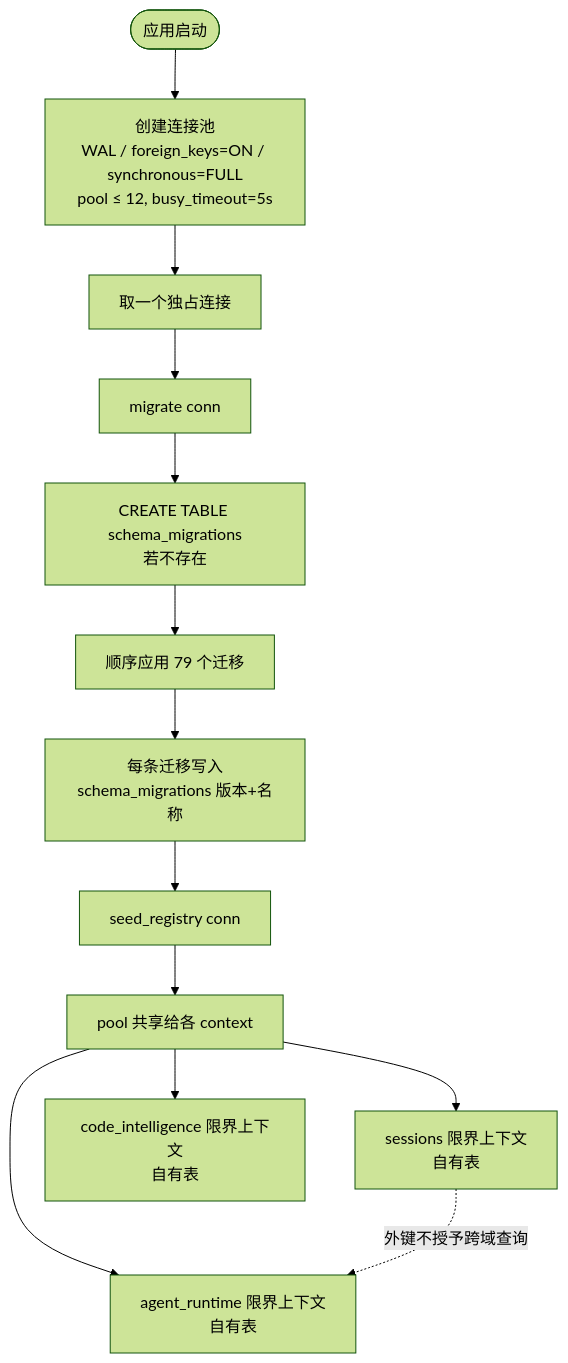
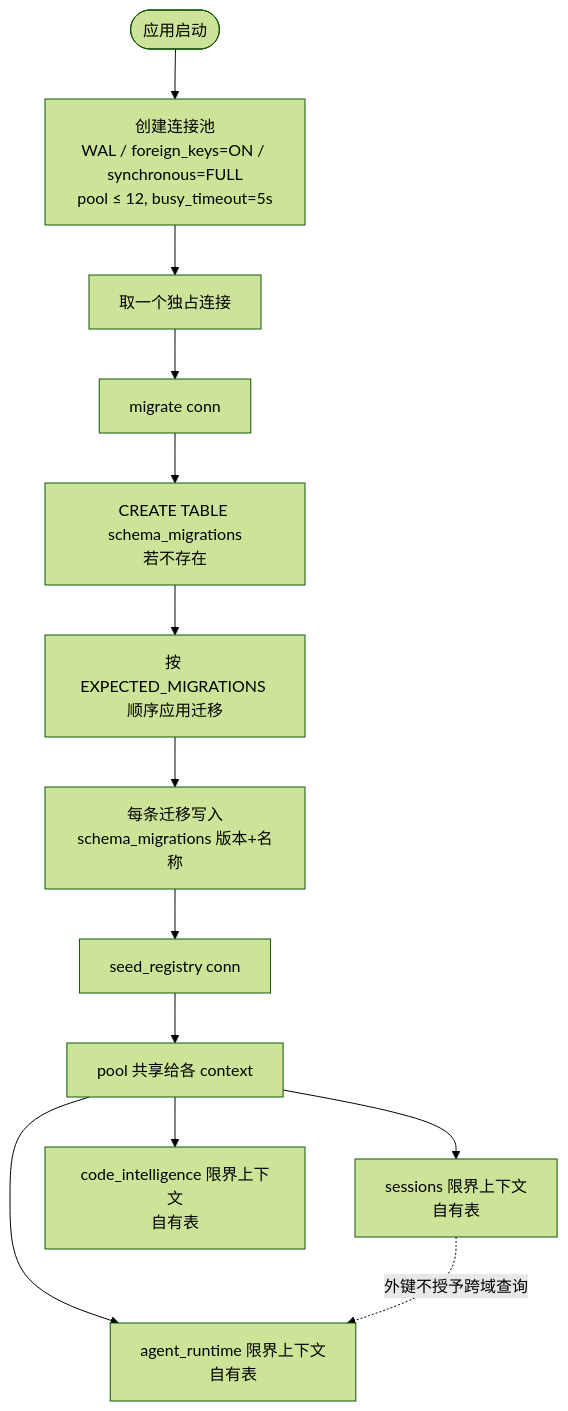
One commit to cdavid817/vanehub-ai changed the first of 2 diagrams in docs/developer-guide/zh-CN/src/persistence-and-logging.md. Above: the diagram before and after it, drawn with Mermaid (forest theme). The commit also changed other lines of this file and 142 other files, not shown here.

````diff
--- a/docs/developer-guide/zh-CN/src/persistence-and-logging.md
+++ b/docs/developer-guide/zh-CN/src/persistence-and-logging.md
@@ -41,15 +41,15 @@
 ```mermaid
 flowchart TD
     AppStart([应用启动]) --> NewPool[创建连接池<br/>WAL / foreign_keys=ON / synchronous=FULL<br/>pool ≤ 12, busy_timeout=5s]
     NewPool --> Exclusive[取一个独占连接]
     Exclusive --> Migrate[migrate conn]
     Migrate --> SchemaMig[CREATE TABLE schema_migrations<br/>若不存在]
-    SchemaMig --> ApplySeq[顺序应用 79 个迁移]
+    SchemaMig --> ApplySeq[按 EXPECTED_MIGRATIONS 顺序应用迁移]
     ApplySeq --> Book[每条迁移写入<br/>schema_migrations 版本+名称]
     Book --> Seed[seed_registry conn]
     Seed --> SharePool[pool 共享给各 context]
     SharePool --> Ctx1[sessions 限界上下文<br/>自有表]
     SharePool --> Ctx2[agent_runtime 限界上下文<br/>自有表]
     SharePool --> Ctx3[code_intelligence 限界上下文<br/>自有表]
     Ctx1 -.外键不授予跨域查询.-> Ctx2
 ```
````
